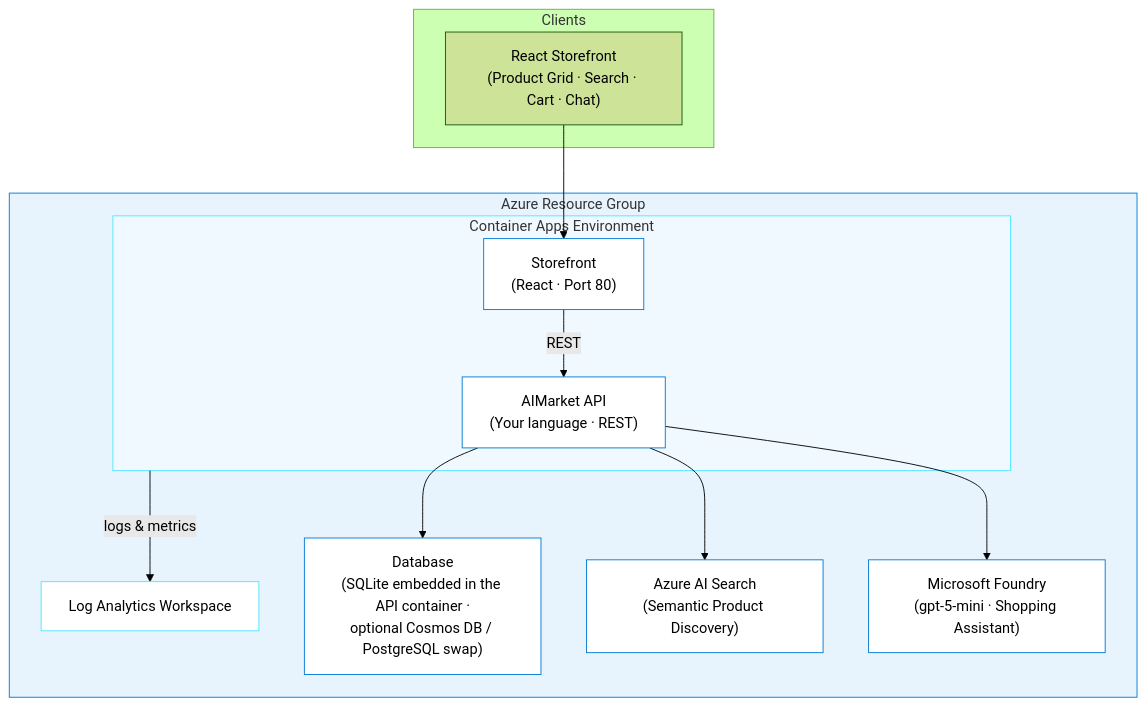
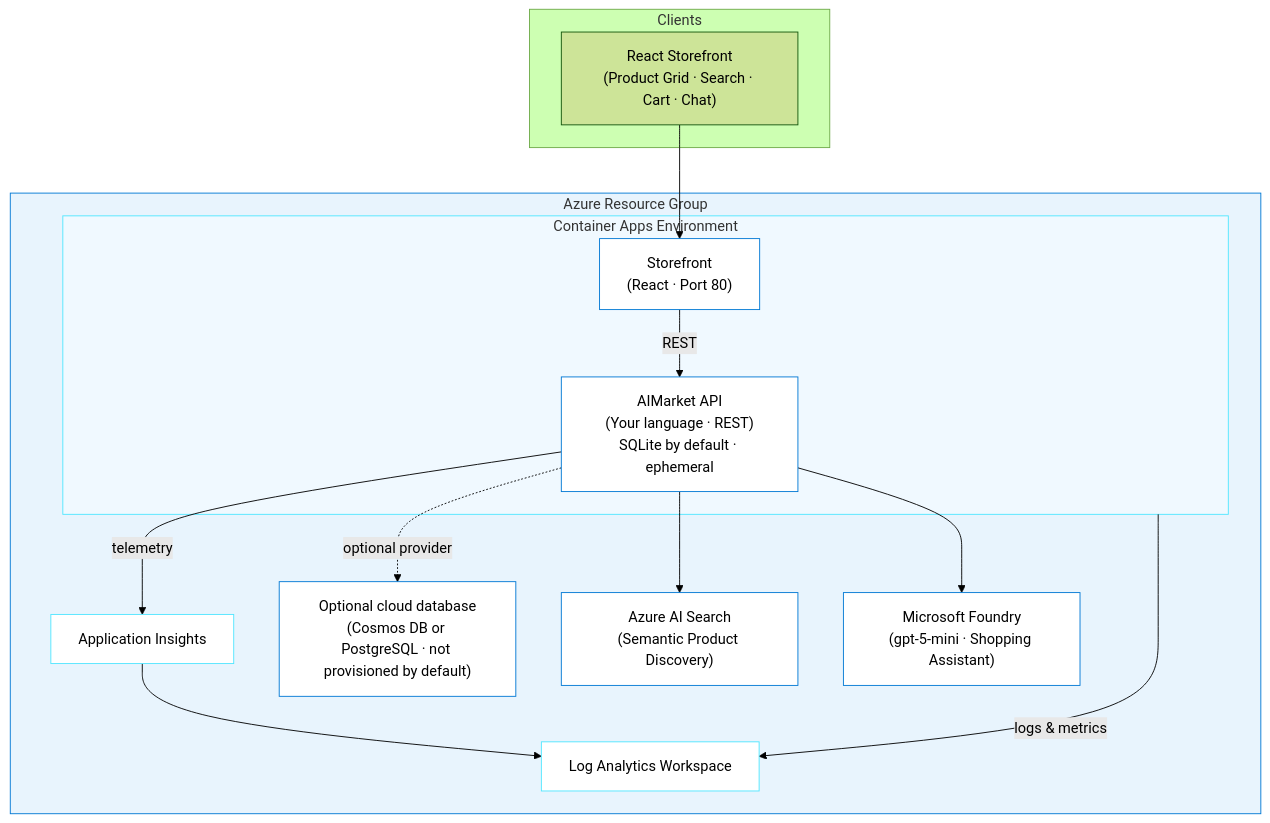
The diagram in journeys/aimarket/README.md (DanWahlin/github-azure-agentic-journeys), drawn with Mermaid (forest theme) before and after one commit. The commit also changed other lines of this file and 6 other files, not shown here.

````diff
--- a/journeys/aimarket/README.md
+++ b/journeys/aimarket/README.md
@@ -53,33 +53,37 @@
 ```mermaid
 graph TB
     subgraph Clients
         WEB["React Storefront<br/>(Product Grid · Search · Cart · Chat)"]
     end
 
     subgraph RG["Azure Resource Group"]
         LA["Log Analytics Workspace"]
+        APM["Application Insights"]
         subgraph CAE["Container Apps Environment"]
-            API["AIMarket API<br/>(Your language · REST)"]
+            API["AIMarket API<br/>(Your language · REST)<br/>SQLite by default · ephemeral"]
             FRONTEND["Storefront<br/>(React · Port 80)"]
         end
-        DB["Database<br/>(SQLite embedded in the API container ·<br/>optional Cosmos DB / PostgreSQL swap)"]
+        DB["Optional cloud database<br/>(Cosmos DB or PostgreSQL · not provisioned by default)"]
         SEARCH["Azure AI Search<br/>(Semantic Product Discovery)"]
         AOAI["Microsoft Foundry<br/>(gpt-5-mini · Shopping Assistant)"]
     end
 
     WEB --> FRONTEND
     FRONTEND -->|REST| API
-    API --> DB
+    API -.->|optional provider| DB
     API --> SEARCH
     API --> AOAI
+    API -->|telemetry| APM
+    APM --> LA
     CAE -->|logs & metrics| LA
 
     style RG fill:#e8f4fd,stroke:#0078D4
     style CAE fill:#f0f9ff,stroke:#50e6ff
     style API fill:#fff,stroke:#0078D4
     style FRONTEND fill:#fff,stroke:#0078D4
     style DB fill:#fff,stroke:#0078D4
+    style APM fill:#fff,stroke:#50e6ff
     style SEARCH fill:#fff,stroke:#0078D4
     style AOAI fill:#fff,stroke:#0078D4
     style LA fill:#fff,stroke:#50e6ff
 ```
````
